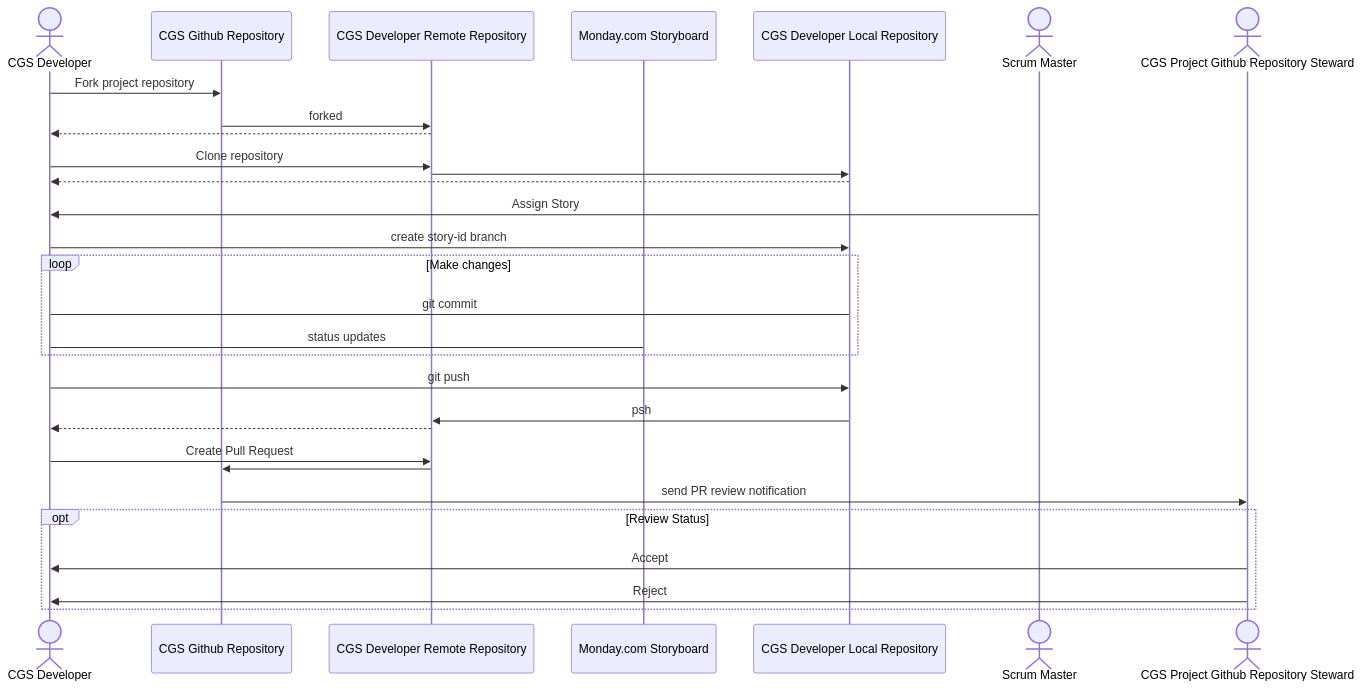
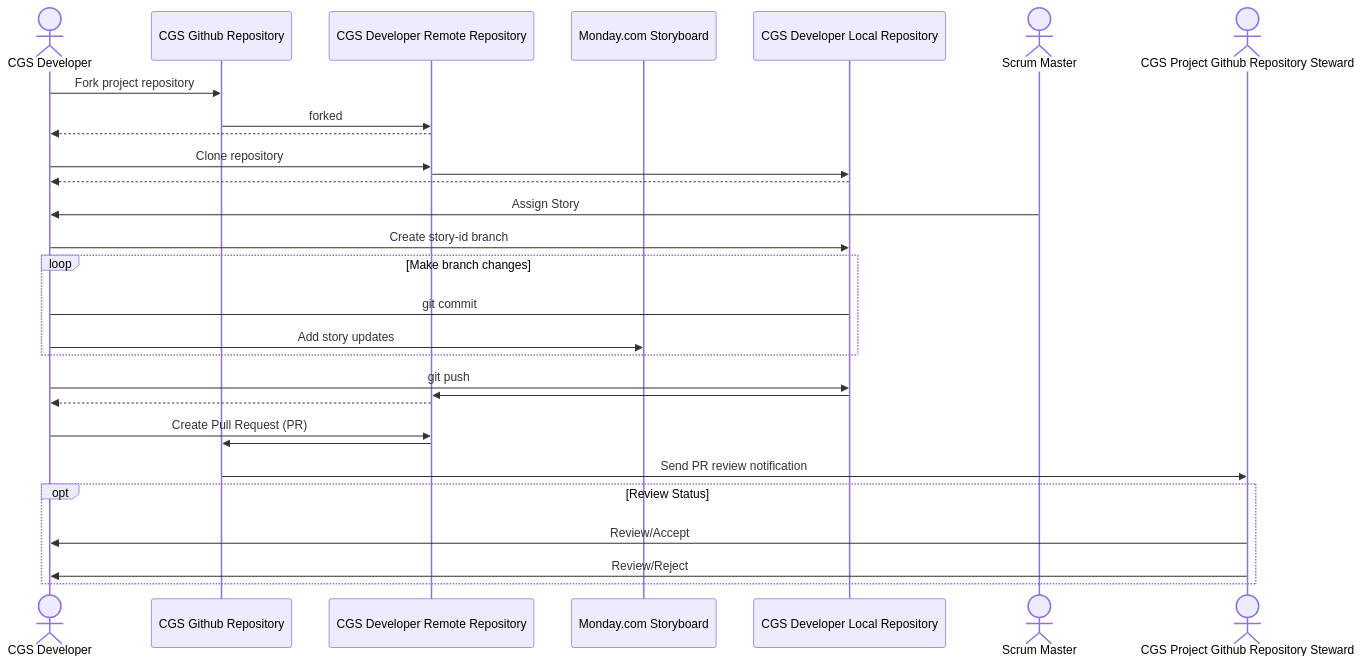
One commit to adplincinst/cgs-dev-guidelines changed the diagram in README.md. Above: the diagram before and after it, drawn with Mermaid. The commit also changed other lines of this file, not shown here.

Commit message:
updates to labels

````diff
--- a/README.md
+++ b/README.md
@@ -6,32 +6,32 @@
 ```mermaid
 sequenceDiagram
   actor dev as CGS Developer
   participant ghr as CGS Github Repository 
   participant fghr as CGS Developer Remote Repository 
   participant mon as Monday.com Storyboard
   participant lw as CGS Developer Local Repository
   actor sm as Scrum Master
   actor reviewer as CGS Project Github Repository Steward
   dev->>ghr: Fork project repository
   ghr->>fghr: forked
   fghr-->>dev: 
   dev->>fghr: Clone repository
   fghr->>lw: 
   lw-->>dev: 
   sm->>dev: Assign Story
-  dev->>lw: create story-id branch
-  loop Make changes
+  dev->>lw: Create story-id branch
+  loop Make branch changes
      dev->lw: git commit
-     dev->mon: status updates
+     dev->>mon: Add story updates
   end
   dev->>lw: git push
-  lw->>fghr: psh
+  lw->>fghr: 
   fghr-->>dev: 
-  dev->>fghr: Create Pull Request
+  dev->>fghr: Create Pull Request (PR)
   fghr->>ghr: 
-  ghr->>reviewer: send PR review notification
+  ghr->>reviewer: Send PR review notification
   opt Review Status
-    reviewer->>dev: Accept
-    reviewer->>dev: Reject
+    reviewer->>dev: Review/Accept
+    reviewer->>dev: Review/Reject
   end
 ```
````
